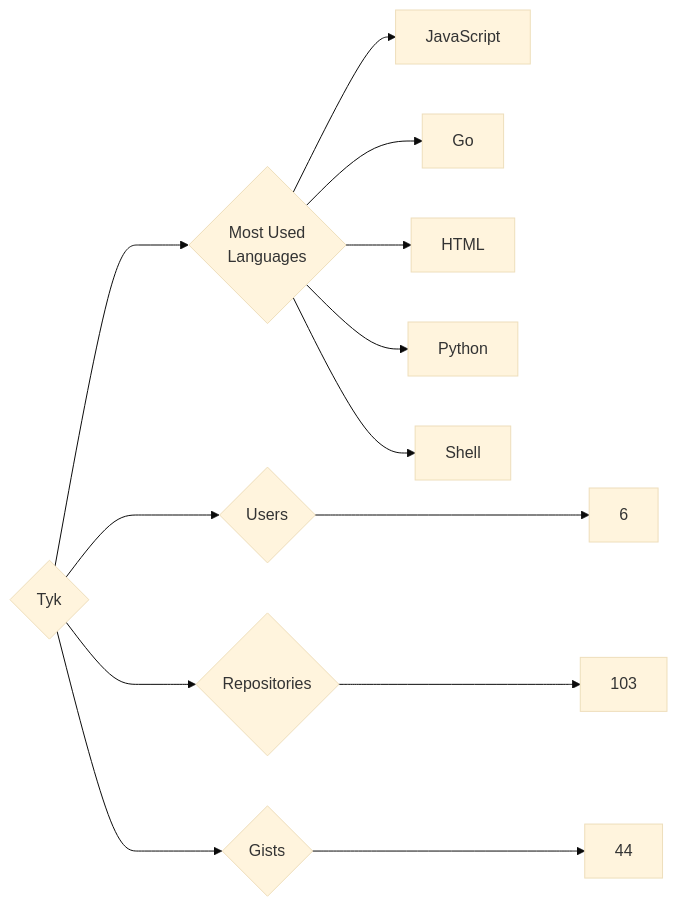
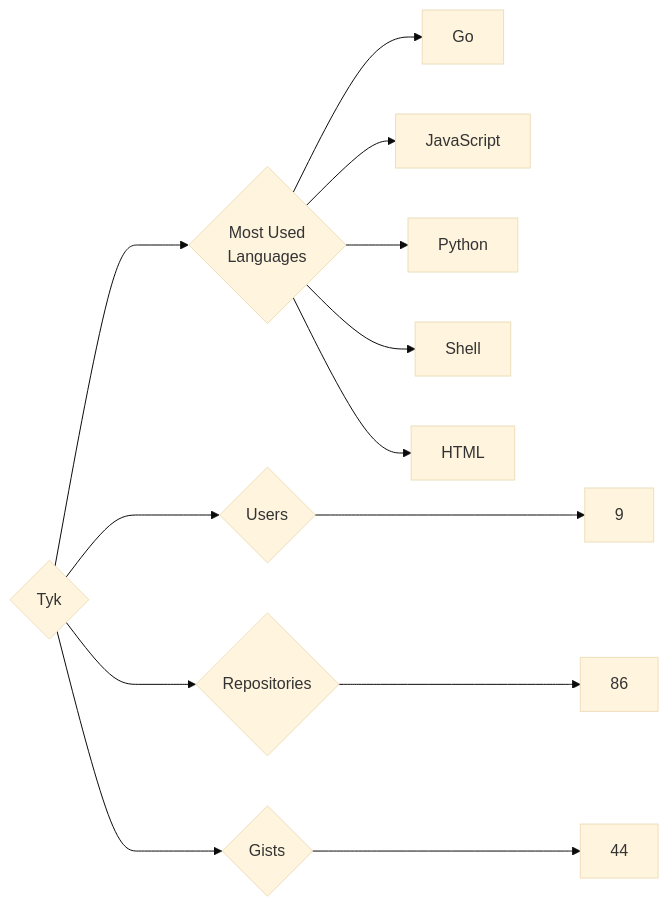
Before and after one commit to trickest/insiders: the diagram in targets/Tyk/README.md, drawn with Mermaid (base theme). The commit also changed 1389 other files, not shown here.

````diff
--- a/targets/Tyk/README.md
+++ b/targets/Tyk/README.md
@@ -3,13 +3,13 @@
 ```mermaid
 graph LR
 COMPANY_NAME{Tyk}
-COMPANY_NAME ---> U{Users} ---> UN[6]
-COMPANY_NAME ---> R{Repositories} ---> RN[103]
+COMPANY_NAME ---> U{Users} ---> UN[9]
+COMPANY_NAME ---> R{Repositories} ---> RN[86]
 COMPANY_NAME ---> G{Gists} ---> GN[44]
 COMPANY_NAME ---> ML{Most Used<br>Languages}
+ML --> Go[Go]
 ML --> JavaScript[JavaScript]
-ML --> Go[Go]
-ML --> HTML[HTML]
 ML --> Python[Python]
 ML --> Shell[Shell]
+ML --> HTML[HTML]
 ```
````
